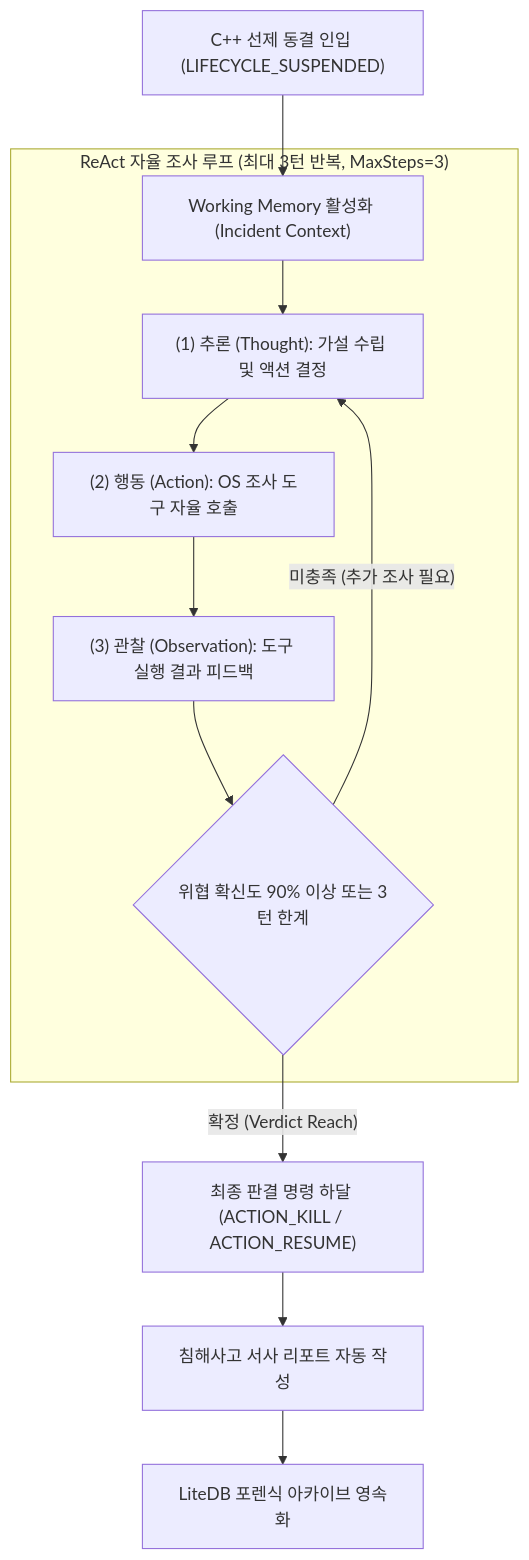
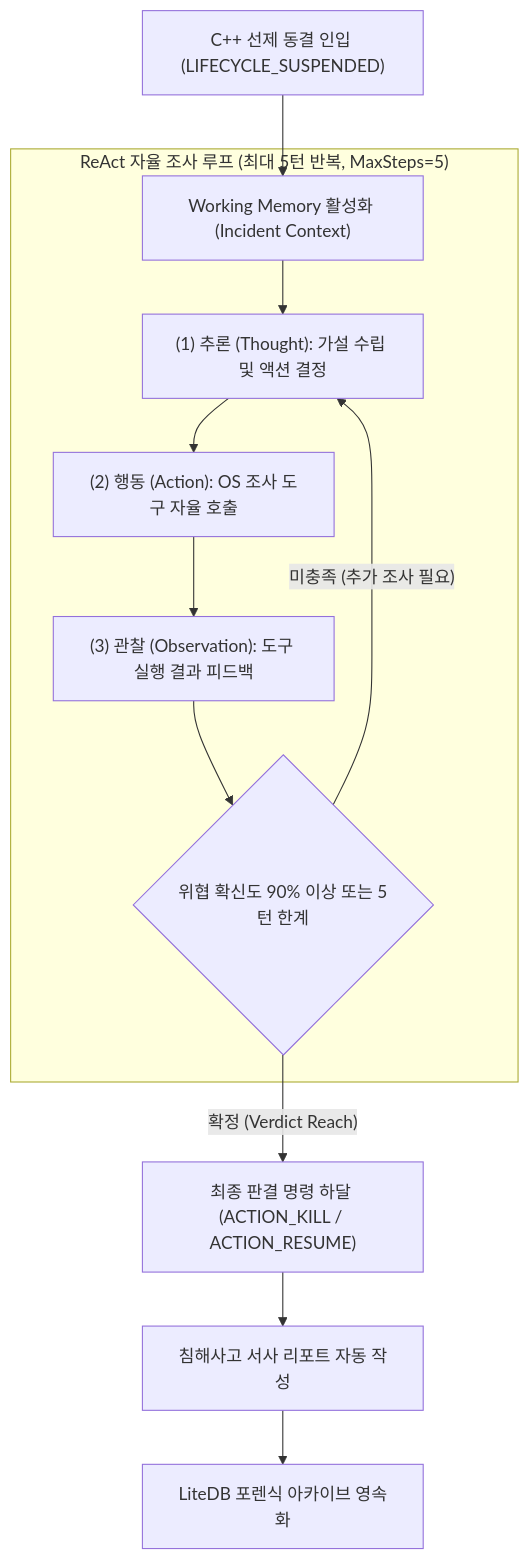
Before and after one commit to jin20203458/Obsidian.Agent: the first of 2 diagrams in Phalanx/docs/02_ai_agent_investigation_design.md, drawn with Mermaid. The commit also changed other lines of this file, not shown here.

Commit message:
docs(phalanx): update ReAct loop specification to 5 turns (MaxSteps=5)

````diff
--- a/Phalanx/docs/02_ai_agent_investigation_design.md
+++ b/Phalanx/docs/02_ai_agent_investigation_design.md
@@ -19,17 +19,17 @@
 ```mermaid
 flowchart TD
     Trigger["C++ 선제 동결 인입 (LIFECYCLE_SUSPENDED)"] --> Ingest["Working Memory 활성화 (Incident Context)"]
     
-    subgraph REACT_LOOP ["ReAct 자율 조사 루프 (최대 3턴 반복, MaxSteps=3)"]
+    subgraph REACT_LOOP ["ReAct 자율 조사 루프 (최대 5턴 반복, MaxSteps=5)"]
         Ingest --> Thought["(1) 추론 (Thought): 가설 수립 및 액션 결정"]
         Thought --> ToolAction["(2) 행동 (Action): OS 조사 도구 자율 호출"]
         ToolAction --> Observation["(3) 관찰 (Observation): 도구 실행 결과 피드백"]
-        Decision{"위협 확신도 90% 이상 또는 3턴 한계"}
+        Decision{"위협 확신도 90% 이상 또는 5턴 한계"}
         Observation --> Decision
         Decision -->|"미충족 (추가 조사 필요)"| Thought
     end
 
     Decision -->|"확정 (Verdict Reach)"| Mitigation["최종 판결 명령 하달 (ACTION_KILL / ACTION_RESUME)"]
     Mitigation --> Narrative["침해사고 서사 리포트 자동 작성"]
     Narrative --> ColdArchive["LiteDB 포렌식 아카이브 영속화"]
 ```
````
